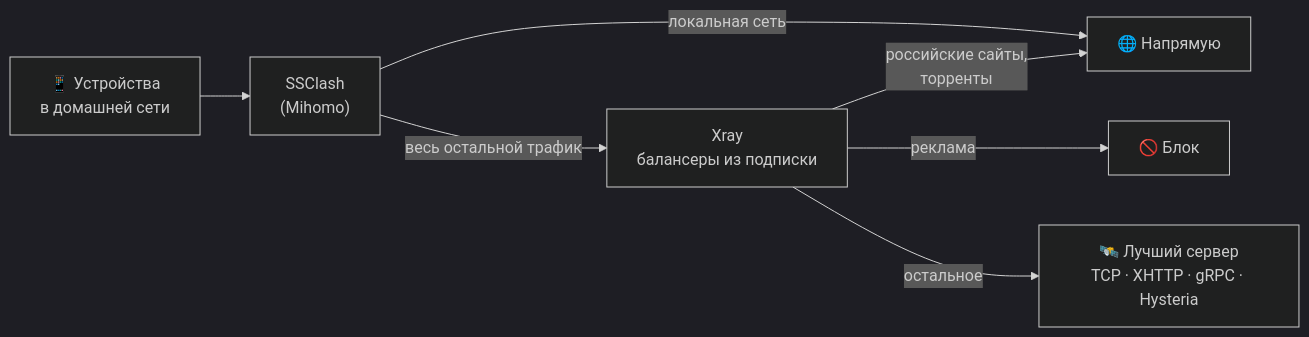
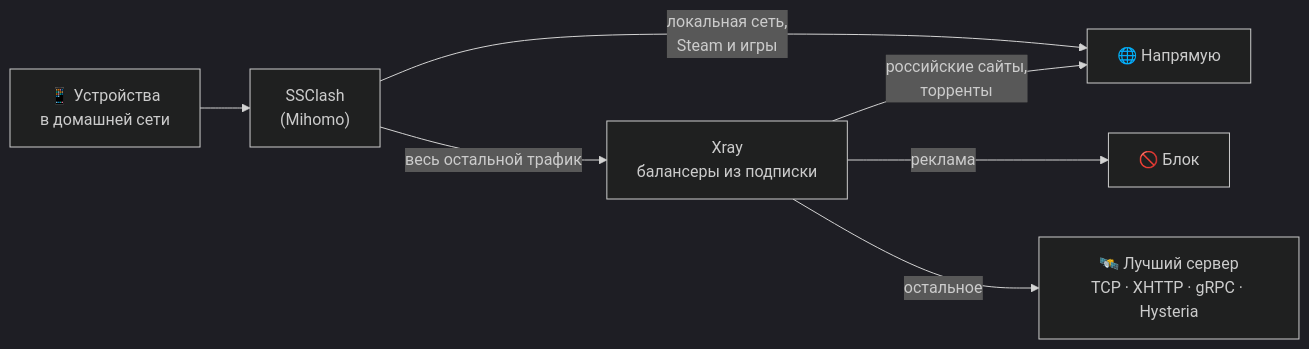
The diagram in README.md (Connecta-VPS/ConnectaRouter), drawn with Mermaid (dark theme) before and after one commit. The commit also changed other lines of this file and 1 other file, not shown here.

````diff
--- a/README.md
+++ b/README.md
@@ -108,9 +109,9 @@
 ```mermaid
 flowchart LR
     A["📱 Устройства<br>в домашней сети"] --> B["SSClash<br>(Mihomo)"]
-    B -- "локальная сеть" --> D["🌐 Напрямую"]
+    B -- "локальная сеть,<br>Steam и игры" --> D["🌐 Напрямую"]
     B -- "весь остальной трафик" --> C["Xray<br>балансеры из подписки"]
     C -- "российские сайты,<br>торренты" --> D
     C -- "реклама" --> X["🚫 Блок"]
     C -- "остальное" --> S["🛰️ Лучший сервер<br>TCP · XHTTP · gRPC · Hysteria"]
 ```
````
